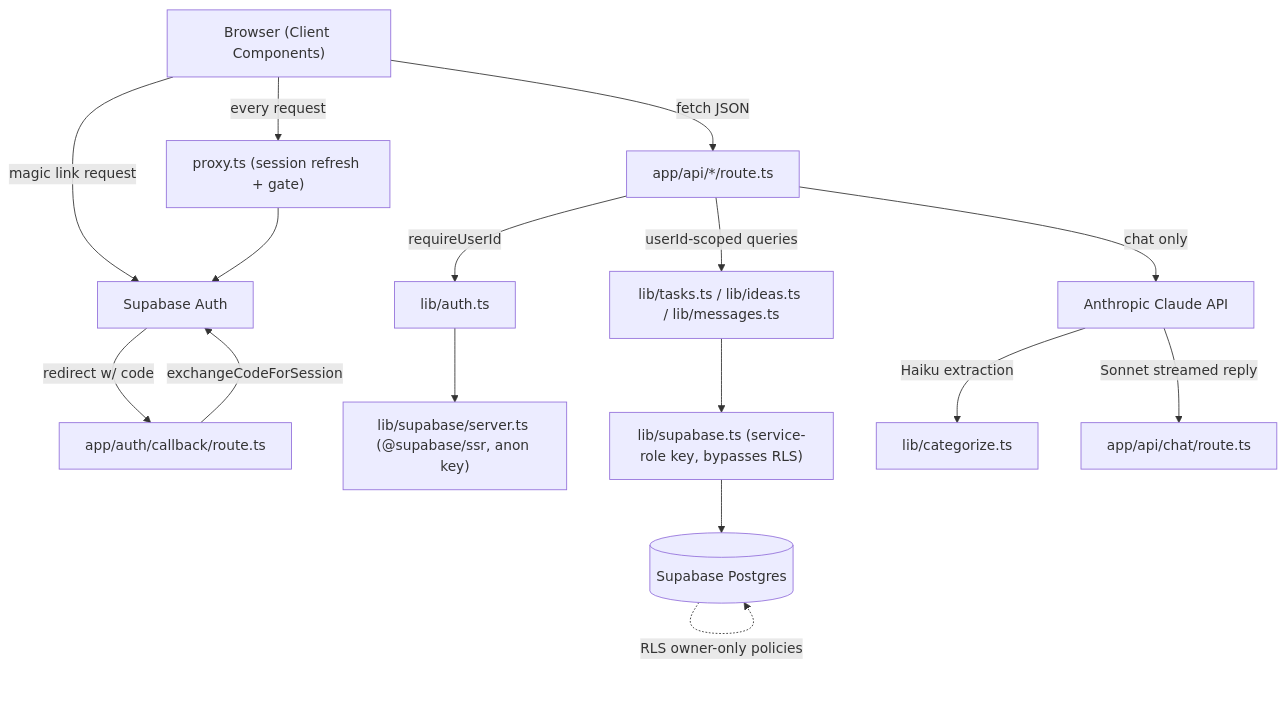
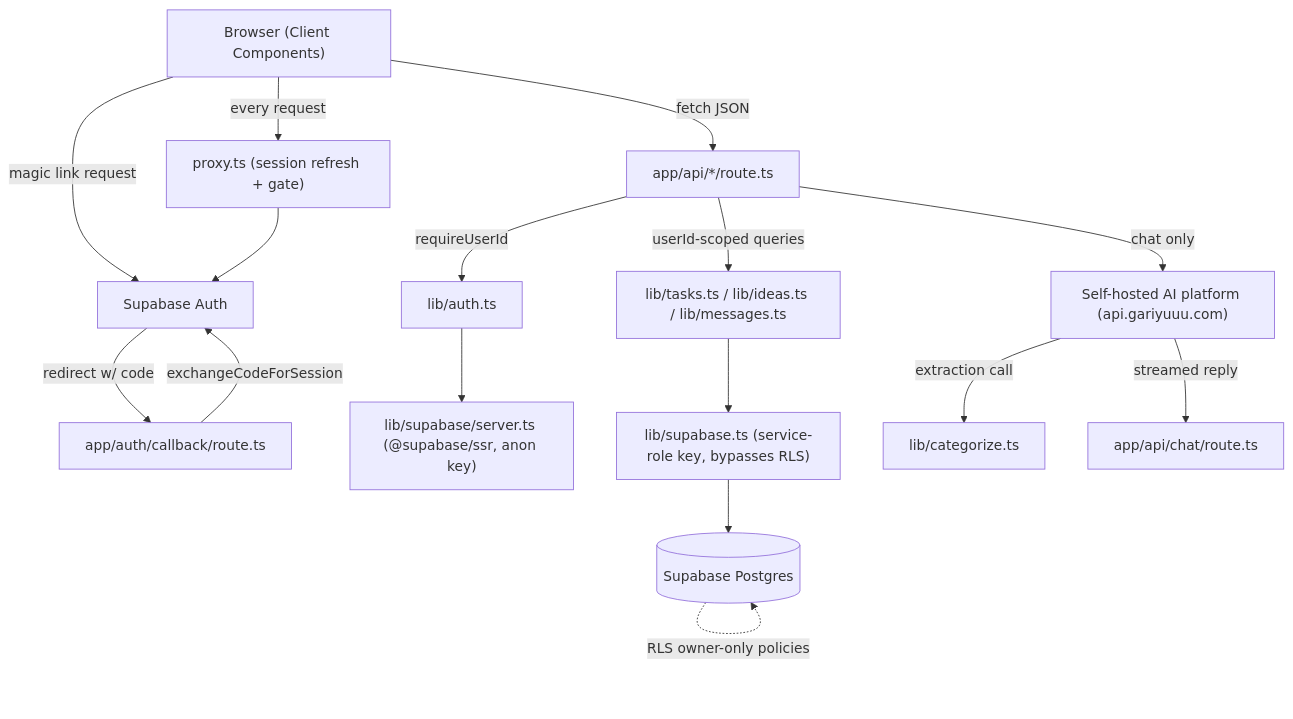
Before and after one commit to Gariyuuu/nodability: the diagram in ARCHITECTURE.md, drawn with Mermaid. The commit also changed other lines of this file and 12 other files, not shown here.

````diff
--- a/ARCHITECTURE.md
+++ b/ARCHITECTURE.md
@@ -19,18 +19,18 @@
 ```mermaid
 graph TD
   Browser["Browser (Client Components)"] -->|fetch JSON| API["app/api/*/route.ts"]
   Browser -->|magic link request| SupaAuth["Supabase Auth"]
   SupaAuth -->|redirect w/ code| Callback["app/auth/callback/route.ts"]
   Callback -->|exchangeCodeForSession| SupaAuth
   Browser -->|every request| Proxy["proxy.ts (session refresh + gate)"]
   Proxy --> SupaAuth
   API -->|requireUserId| AuthLib["lib/auth.ts"]
   AuthLib --> SupaSSR["lib/supabase/server.ts (@supabase/ssr, anon key)"]
   API -->|userId-scoped queries| DataLib["lib/tasks.ts / lib/ideas.ts / lib/messages.ts"]
   DataLib --> ServiceClient["lib/supabase.ts (service-role key, bypasses RLS)"]
   ServiceClient --> Postgres[("Supabase Postgres")]
-  API -->|chat only| Anthropic["Anthropic Claude API"]
-  Anthropic -->|Haiku extraction| Categorize["lib/categorize.ts"]
-  Anthropic -->|Sonnet streamed reply| ChatRoute["app/api/chat/route.ts"]
+  API -->|chat only| AIPlatform["Self-hosted AI platform (api.gariyuuu.com)"]
+  AIPlatform -->|extraction call| Categorize["lib/categorize.ts"]
+  AIPlatform -->|streamed reply| ChatRoute["app/api/chat/route.ts"]
   Postgres -. RLS owner-only policies .-> Postgres
 ```
````
